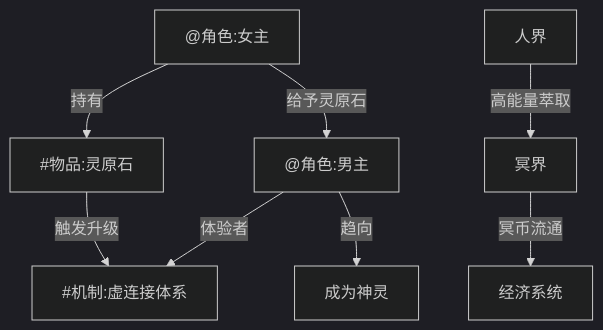
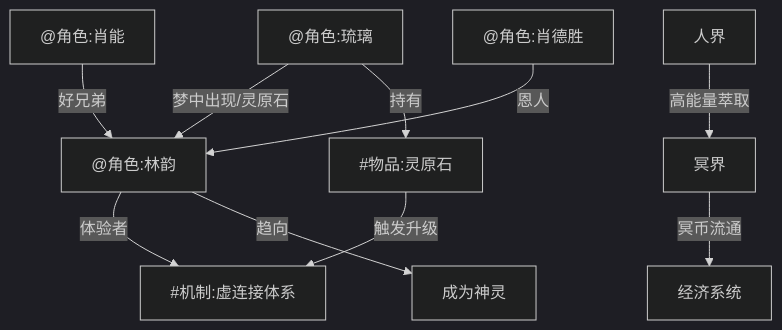
One commit to soly-edu/voidlink changed the diagram in 静态设定库/全景索引.md. Above: the diagram before and after it, drawn with Mermaid (dark theme). The commit also changed other lines of this file, not shown here.

Commit message:
feat(Ag2-NWB): 更新角色姓名 - 全景索引.md

````diff
--- a/静态设定库/全景索引.md
+++ b/静态设定库/全景索引.md
@@ -5,10 +5,12 @@
 ```mermaid
 graph TD
-    ML["@角色:男主"] -->|"体验者"| VC["#机制:虚连接体系"]
-    FL["@角色:女主"] -->|"给予灵原石"| ML
-    FL -->|"持有"| LS["#物品:灵原石"]
+    LY["@角色:林韵"] -->|"体验者"| VC["#机制:虚连接体系"]
+    LL["@角色:琉璃"] -->|"梦中出现/灵原石"| LY
+    LL -->|"持有"| LS["#物品:灵原石"]
     LS -->|"触发升级"| VC
-    ML -->|"趋向"| DEITY["成为神灵"]
+    LY -->|"趋向"| DEITY["成为神灵"]
+    XN["@角色:肖能"] -->|"好兄弟"| LY
+    XDS["@角色:肖德胜"] -->|"恩人"| LY
     HE["人界"] -->|"高能量萃取"| UE["冥界"]
     UE -->|"冥币流通"| EC["经济系统"]
 ```
````
